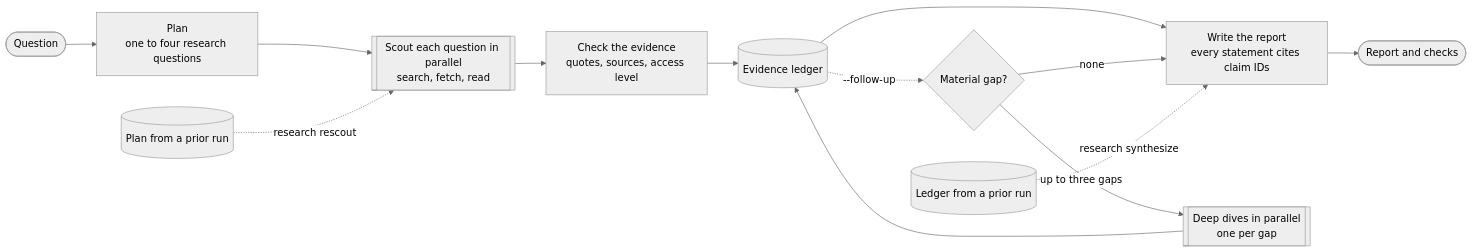
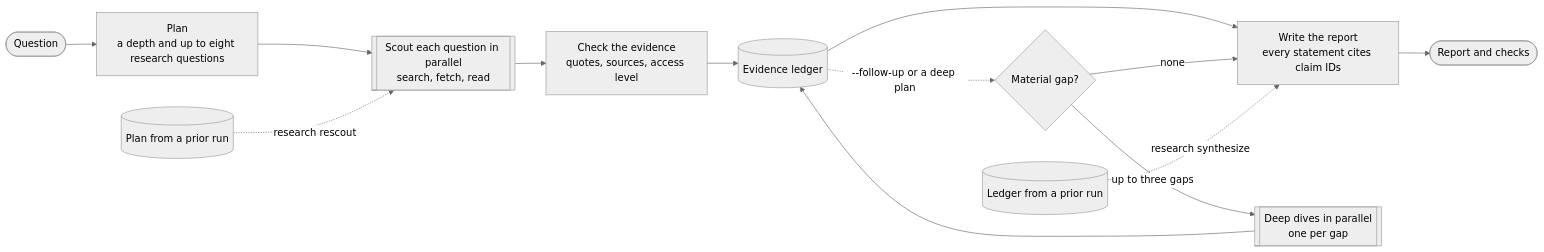
One commit to rjanseko/research-loop changed the diagram in README.md. Above: the diagram before and after it, drawn with Mermaid (neutral theme). The commit also changed other lines of this file and 10 other files, not shown here.

First line of the commit message:
Let the planner choose how much research a question gets (scout-v4)

````diff
--- a/README.md
+++ b/README.md
@@ -96,15 +97,15 @@
 ```mermaid
 flowchart LR
-    question(["Question"]) --> plan["Plan<br/>one to four research questions"]
+    question(["Question"]) --> plan["Plan<br/>a depth and up to eight research questions"]
     plan --> scouts[["Scout each question in parallel<br/>search, fetch, read"]]
     prior_plan[("Plan from a prior run")] -. "research rescout" .-> scouts
     scouts --> check["Check the evidence<br/>quotes, sources, access level"]
     check --> ledger[("Evidence ledger")]
     ledger --> synthesize["Write the report<br/>every statement cites claim IDs"]
-    ledger -. "--follow-up" .-> gap{"Material gap?"}
+    ledger -. "--follow-up or a deep plan" .-> gap{"Material gap?"}
     gap -- "up to three gaps" --> dive[["Deep dives in parallel<br/>one per gap"]]
     dive --> ledger
     gap -- "none" --> synthesize
     prior_ledger[("Ledger from a prior run")] -. "research synthesize" .-> synthesize
     synthesize --> report(["Report and checks"])
 ```
````
